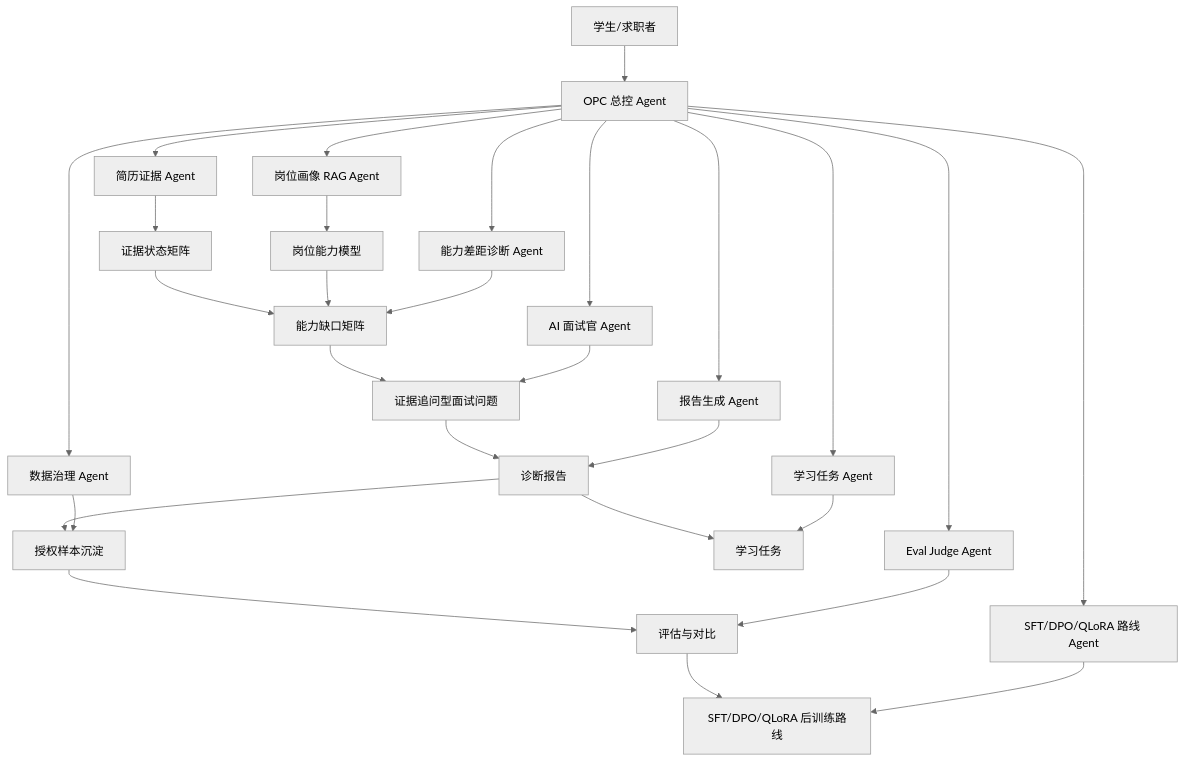
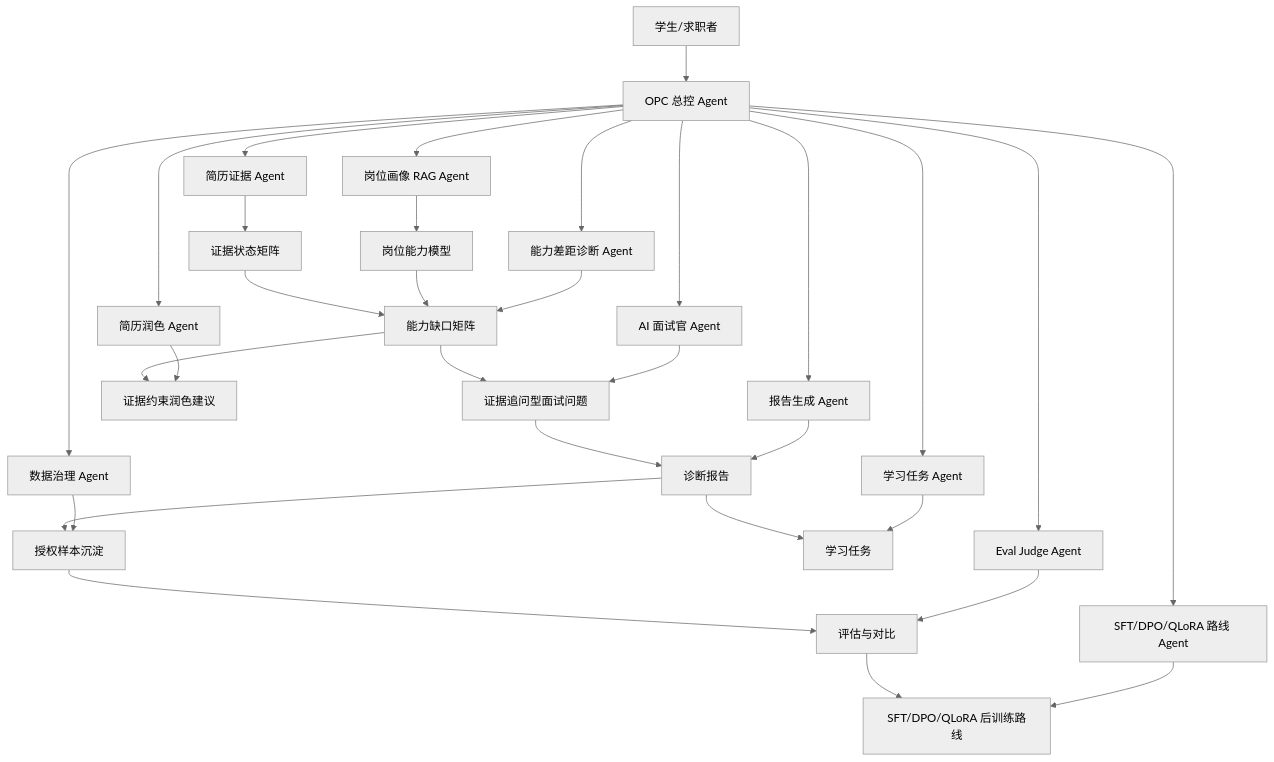
The diagram in docs/competition/职启智评_比赛版Agent改造包_2026-05-17/01_项目重新定位_从AI面试官到CareerAgentOS.md (YiyuZh/ai-interview), drawn with Mermaid (neutral theme) before and after one commit. The commit also changed other lines of this file and 22 other files, not shown here.

````diff
--- a/docs/competition/职启智评_比赛版Agent改造包_2026-05-17/01_项目重新定位_从AI面试官到CareerAgentOS.md
+++ b/docs/competition/职启智评_比赛版Agent改造包_2026-05-17/01_项目重新定位_从AI面试官到CareerAgentOS.md
@@ -69,32 +70,35 @@
 ```mermaid
 flowchart TD
     U[学生/求职者] --> OPC[OPC 总控 Agent]
 
     OPC --> A1[简历证据 Agent]
     OPC --> A2[岗位画像 RAG Agent]
     OPC --> A3[能力差距诊断 Agent]
-    OPC --> A4[AI 面试官 Agent]
-    OPC --> A5[报告生成 Agent]
-    OPC --> A6[学习任务 Agent]
-    OPC --> A7[数据治理 Agent]
-    OPC --> A8[Eval Judge Agent]
-    OPC --> A9[SFT/DPO/QLoRA 路线 Agent]
+    OPC --> A4[简历润色 Agent]
+    OPC --> A5[AI 面试官 Agent]
+    OPC --> A6[报告生成 Agent]
+    OPC --> A7[学习任务 Agent]
+    OPC --> A8[数据治理 Agent]
+    OPC --> A9[Eval Judge Agent]
+    OPC --> A10[SFT/DPO/QLoRA 路线 Agent]
 
     A1 --> E[证据状态矩阵]
     A2 --> R[岗位能力模型]
     E --> G[能力缺口矩阵]
     R --> G
     A3 --> G
+    G --> P[证据约束润色建议]
+    A4 --> P
     G --> Q[证据追问型面试问题]
-    A4 --> Q
+    A5 --> Q
     Q --> REP[诊断报告]
-    A5 --> REP
+    A6 --> REP
     REP --> PLAN[学习任务]
-    A6 --> PLAN
+    A7 --> PLAN
     REP --> DATA[授权样本沉淀]
-    A7 --> DATA
+    A8 --> DATA
     DATA --> EVAL[评估与对比]
-    A8 --> EVAL
+    A9 --> EVAL
     EVAL --> FT[SFT/DPO/QLoRA 后训练路线]
-    A9 --> FT
+    A10 --> FT
 ```
````
